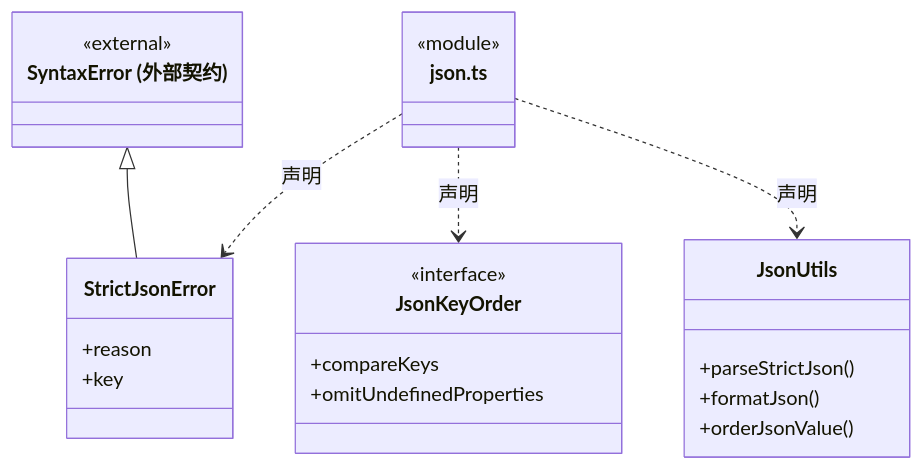
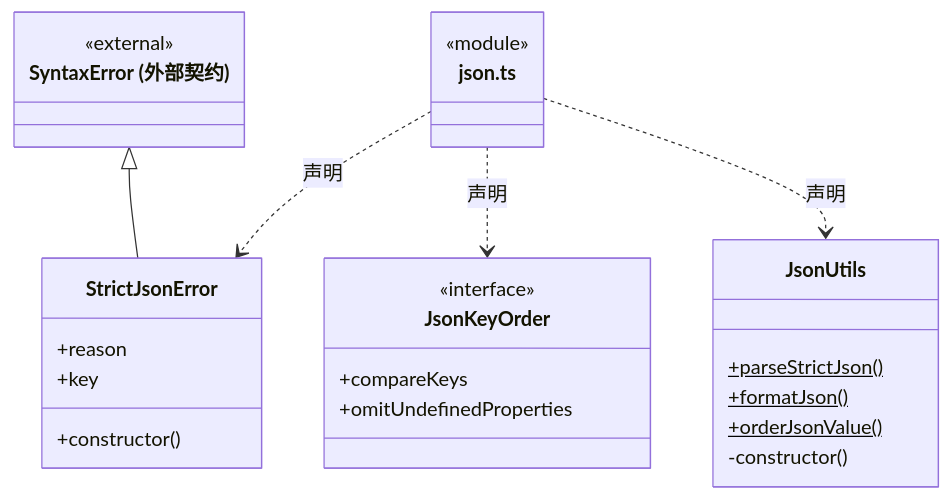
Before and after one commit to nan023062/cbim: the fifth of 8 diagrams in src/core/utility/ARCHITECTURE.md, drawn with Mermaid. The commit also changed other lines of this file and 139 other files, not shown here.

Commit message:
docs(architecture): add source reading paths and complete file inventories

````diff
--- a/src/core/utility/ARCHITECTURE.md
+++ b/src/core/utility/ARCHITECTURE.md
@@ -106,27 +113,29 @@
 ```mermaid
 classDiagram
 class N_src_core_utility_json_ts["json.ts"] {
   <<module>>
 }
 class N_src_core_utility_json_ts_StrictJsonError["StrictJsonError"] {
   +reason
   +key
+  +constructor()
 }
 N_src_core_utility_json_ts ..> N_src_core_utility_json_ts_StrictJsonError : 声明
 class N_src_core_utility_json_ts_external_SyntaxError["SyntaxError (外部契约)"] {
   <<external>>
 }
 N_src_core_utility_json_ts_external_SyntaxError <|-- N_src_core_utility_json_ts_StrictJsonError
 class N_src_core_utility_json_ts_JsonKeyOrder["JsonKeyOrder"] {
   <<interface>>
   +compareKeys
   +omitUndefinedProperties
 }
 N_src_core_utility_json_ts ..> N_src_core_utility_json_ts_JsonKeyOrder : 声明
 class N_src_core_utility_json_ts_JsonUtils["JsonUtils"] {
-  +parseStrictJson()
-  +formatJson()
-  +orderJsonValue()
+  +parseStrictJson()$
+  +formatJson()$
+  +orderJsonValue()$
+  -constructor()
 }
 N_src_core_utility_json_ts ..> N_src_core_utility_json_ts_JsonUtils : 声明
 ```
````
